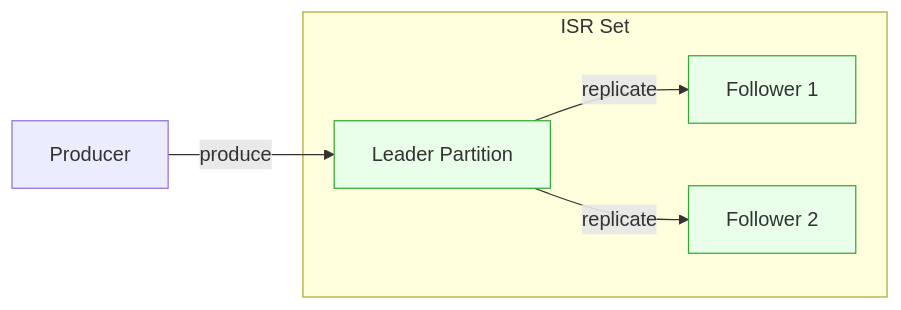
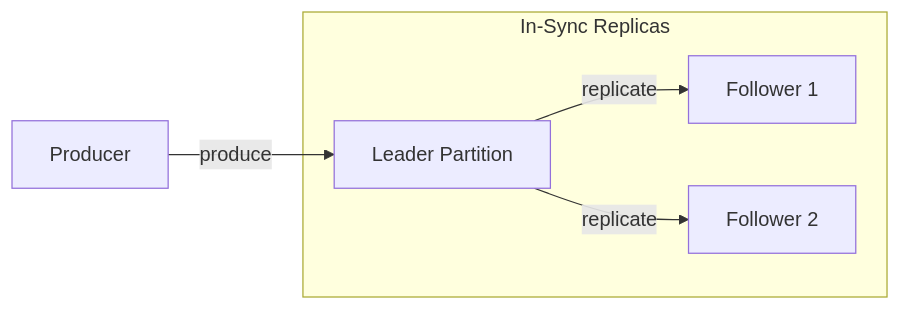
The first of 2 diagrams in 03-core-mechanics.md (manzarul/kafka-interview-questions), drawn with Mermaid before and after one commit. The commit also changed other lines of this file, not shown here.

````diff
--- a/03-core-mechanics.md
+++ b/03-core-mechanics.md
@@ -115,15 +296,12 @@
 ```mermaid
 flowchart LR
   P[Producer] -->|produce| L[Leader Partition]
   L -->|replicate| F1[Follower 1]
   L -->|replicate| F2[Follower 2]
 
-  subgraph ISR[ISR Set]
+  subgraph ISR[In-Sync Replicas]
     L
     F1
     F2
   end
-
-  classDef isr fill:#eaffea,stroke:#3a3,stroke-width:1px;
-  class L,F1,F2 isr;
 ```
````
